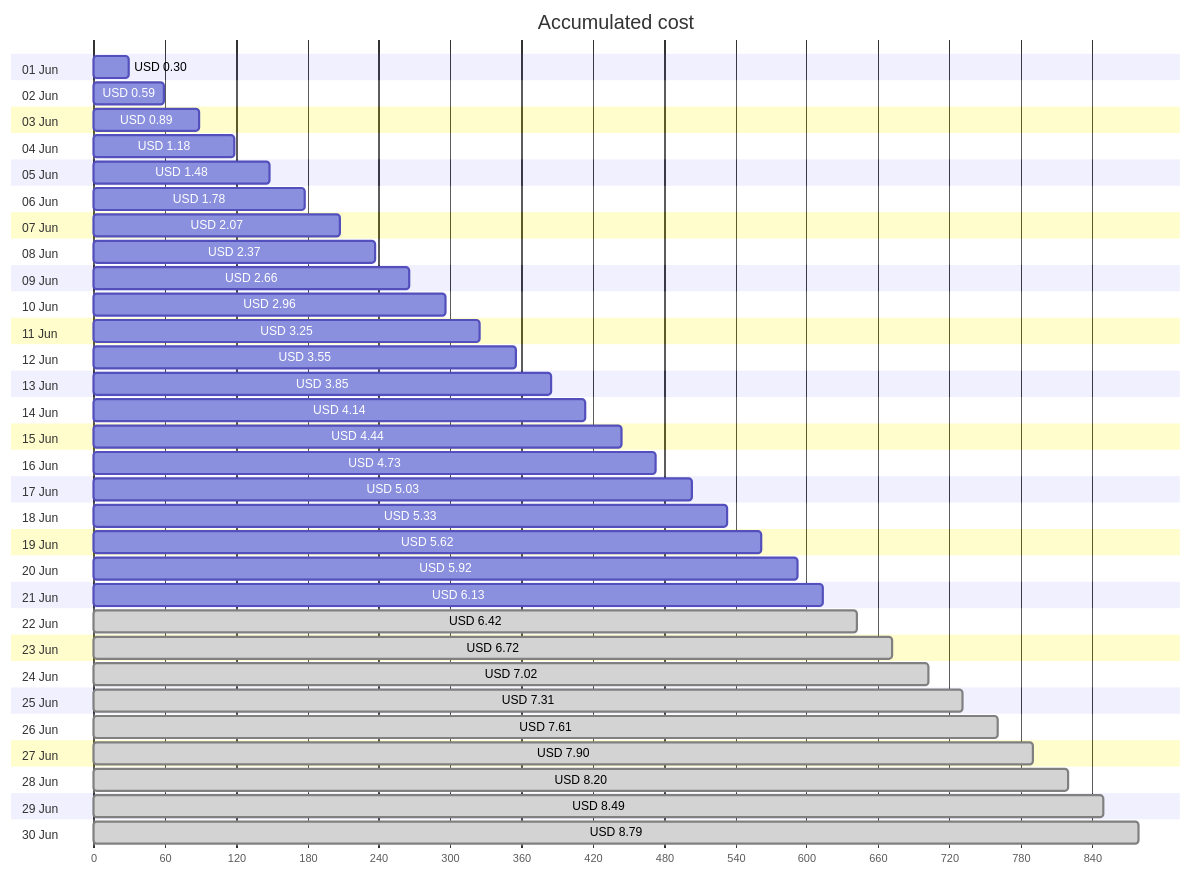
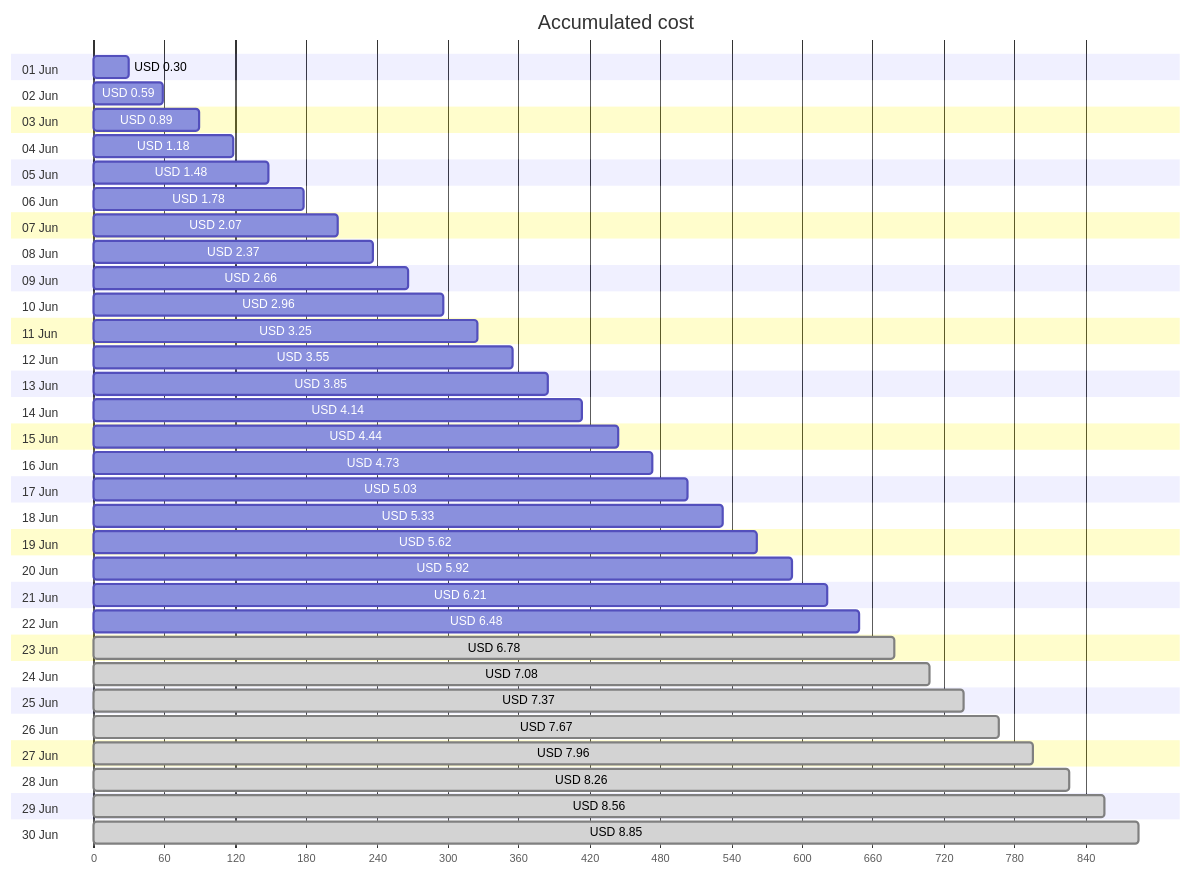
Before and after one commit to jpfulton/azure-personal-reports: the first of 4 diagrams in cost-reports/personal-site/personal-site-preview.md, drawn with Mermaid. The commit also changed other lines of this file and 6 other files, not shown here.

````diff
--- a/cost-reports/personal-site/personal-site-preview.md
+++ b/cost-reports/personal-site/personal-site-preview.md
@@ -20,66 +20,66 @@
 ```mermaid
 gantt
    title Accumulated cost
    dateFormat  X
    axisFormat %s
    section 01 Jun
    USD 0.30 :0, 30
    section 02 Jun
    USD 0.59 :0, 59
    section 03 Jun
    USD 0.89 :0, 89
    section 04 Jun
    USD 1.18 :0, 118
    section 05 Jun
    USD 1.48 :0, 148
    section 06 Jun
    USD 1.78 :0, 178
    section 07 Jun
    USD 2.07 :0, 207
    section 08 Jun
    USD 2.37 :0, 237
    section 09 Jun
    USD 2.66 :0, 266
    section 10 Jun
    USD 2.96 :0, 296
    section 11 Jun
    USD 3.25 :0, 325
    section 12 Jun
    USD 3.55 :0, 355
    section 13 Jun
    USD 3.85 :0, 385
    section 14 Jun
    USD 4.14 :0, 414
    section 15 Jun
    USD 4.44 :0, 444
    section 16 Jun
    USD 4.73 :0, 473
    section 17 Jun
    USD 5.03 :0, 503
    section 18 Jun
    USD 5.33 :0, 533
    section 19 Jun
    USD 5.62 :0, 562
    section 20 Jun
    USD 5.92 :0, 592
    section 21 Jun
-   USD 6.13 :0, 613
+   USD 6.21 :0, 621
    section 22 Jun
-   USD 6.42 : done, 0, 642
+   USD 6.48 :0, 648
    section 23 Jun
-   USD 6.72 : done, 0, 672
+   USD 6.78 : done, 0, 678
    section 24 Jun
-   USD 7.02 : done, 0, 702
+   USD 7.08 : done, 0, 708
    section 25 Jun
-   USD 7.31 : done, 0, 731
+   USD 7.37 : done, 0, 737
    section 26 Jun
-   USD 7.61 : done, 0, 761
+   USD 7.67 : done, 0, 767
    section 27 Jun
-   USD 7.90 : done, 0, 790
+   USD 7.96 : done, 0, 796
    section 28 Jun
-   USD 8.20 : done, 0, 820
+   USD 8.26 : done, 0, 826
    section 29 Jun
-   USD 8.49 : done, 0, 849
+   USD 8.56 : done, 0, 856
    section 30 Jun
-   USD 8.79 : done, 0, 879
+   USD 8.85 : done, 0, 885
 ```
````
